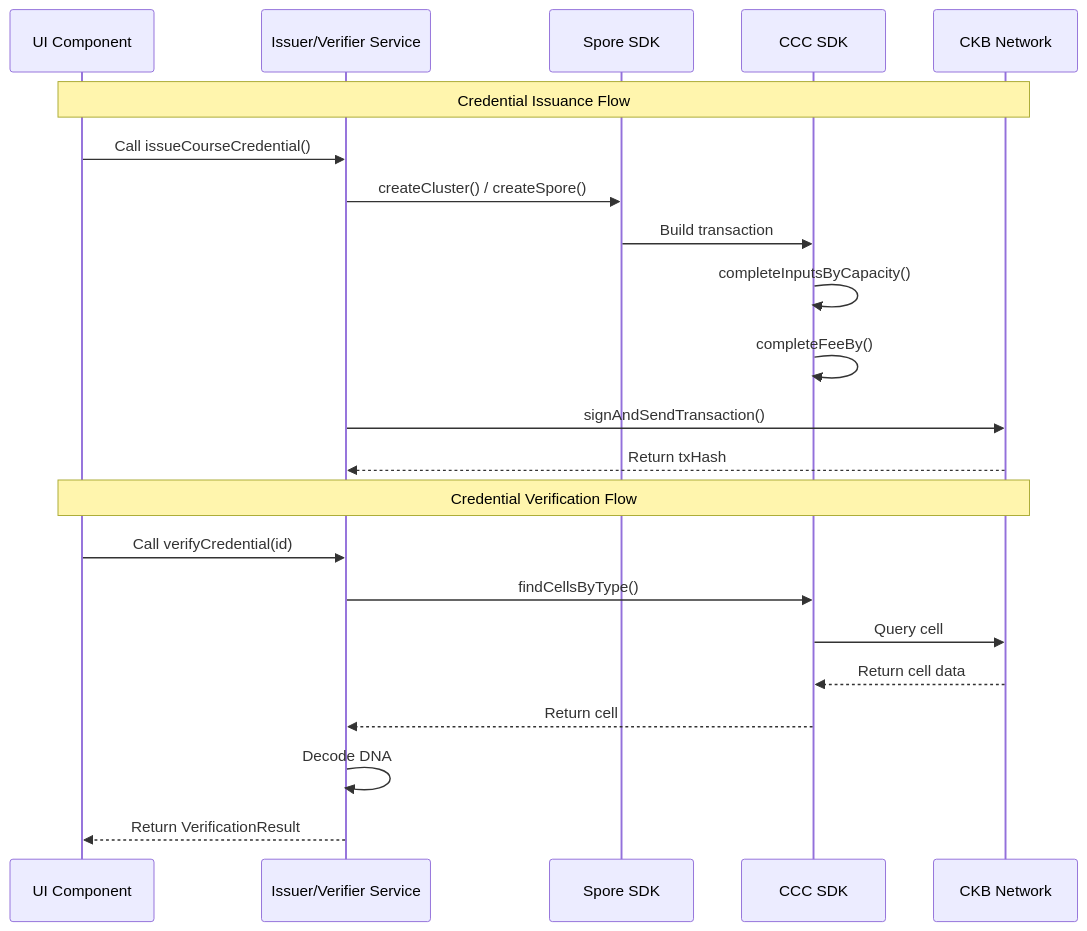
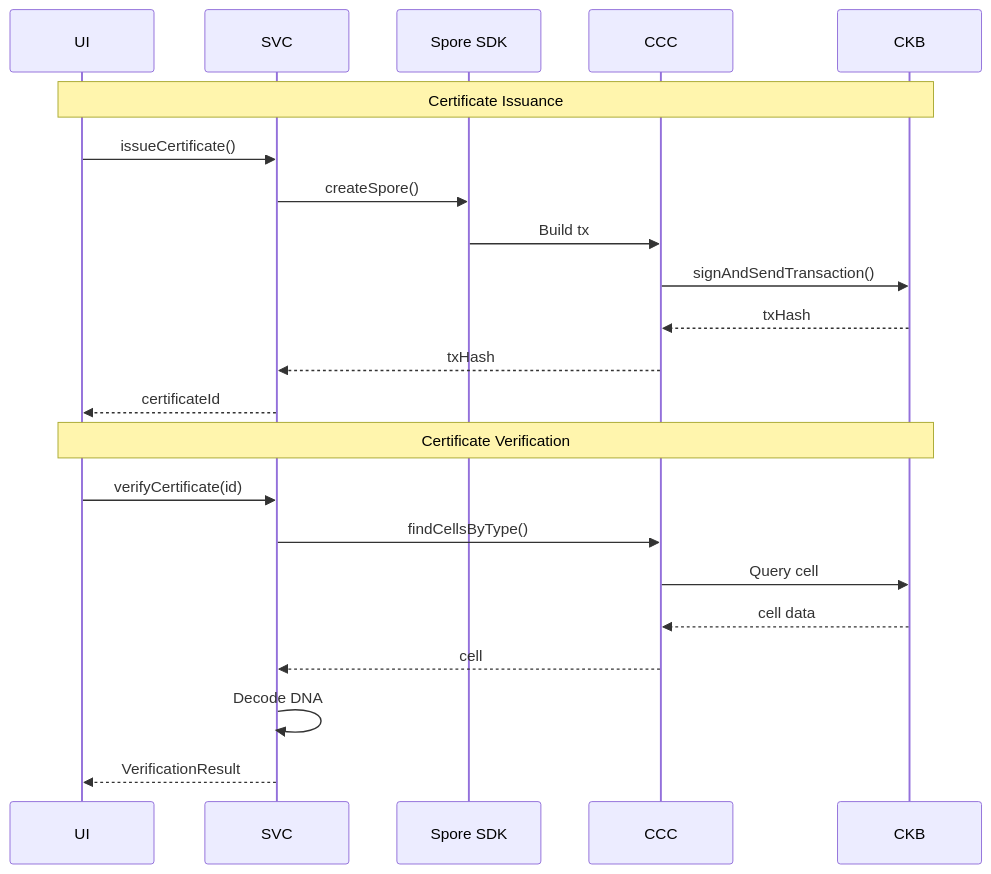
The fifth of 12 diagrams in Design_spec/Implementation_Architecture.md (hiepthach/CertifyCKB), drawn with Mermaid before and after one commit. The commit also changed other lines of this file and 2 other files, not shown here.

First line of the commit message:
refactor: Update project schedule and deliverables for CKB Credential Registry

````diff
--- a/Design_spec/Implementation_Architecture.md
+++ b/Design_spec/Implementation_Architecture.md
@@ -517,26 +422,26 @@
 ```mermaid
 sequenceDiagram
-    participant UI as UI Component
-    participant SVC as Issuer/Verifier Service
+    participant UI
+    participant SVC
     participant SPORE as Spore SDK
-    participant CCC as CCC SDK
-    participant CKB as CKB Network
+    participant CCC
+    participant CKB
 
-    Note over UI,CKB: Credential Issuance Flow
-    UI->>SVC: Call issueCourseCredential()
-    SVC->>SPORE: createCluster() / createSpore()
-    SPORE->>CCC: Build transaction
-    CCC->>CCC: completeInputsByCapacity()
-    CCC->>CCC: completeFeeBy()
-    SVC->>CKB: signAndSendTransaction()
-    CKB-->>SVC: Return txHash
+    Note over UI,CKB: Certificate Issuance
+    UI->>SVC: issueCertificate()
+    SVC->>SPORE: createSpore()
+    SPORE->>CCC: Build tx
+    CCC->>CKB: signAndSendTransaction()
+    CKB-->>CCC: txHash
+    CCC-->>SVC: txHash
+    SVC-->>UI: certificateId
 
-    Note over UI,CKB: Credential Verification Flow
-    UI->>SVC: Call verifyCredential(id)
+    Note over UI,CKB: Certificate Verification
+    UI->>SVC: verifyCertificate(id)
     SVC->>CCC: findCellsByType()
     CCC->>CKB: Query cell
-    CKB-->>CCC: Return cell data
-    CCC-->>SVC: Return cell
+    CKB-->>CCC: cell data
+    CCC-->>SVC: cell
     SVC->>SVC: Decode DNA
-    SVC-->>UI: Return VerificationResult
+    SVC-->>UI: VerificationResult
 ```
````
